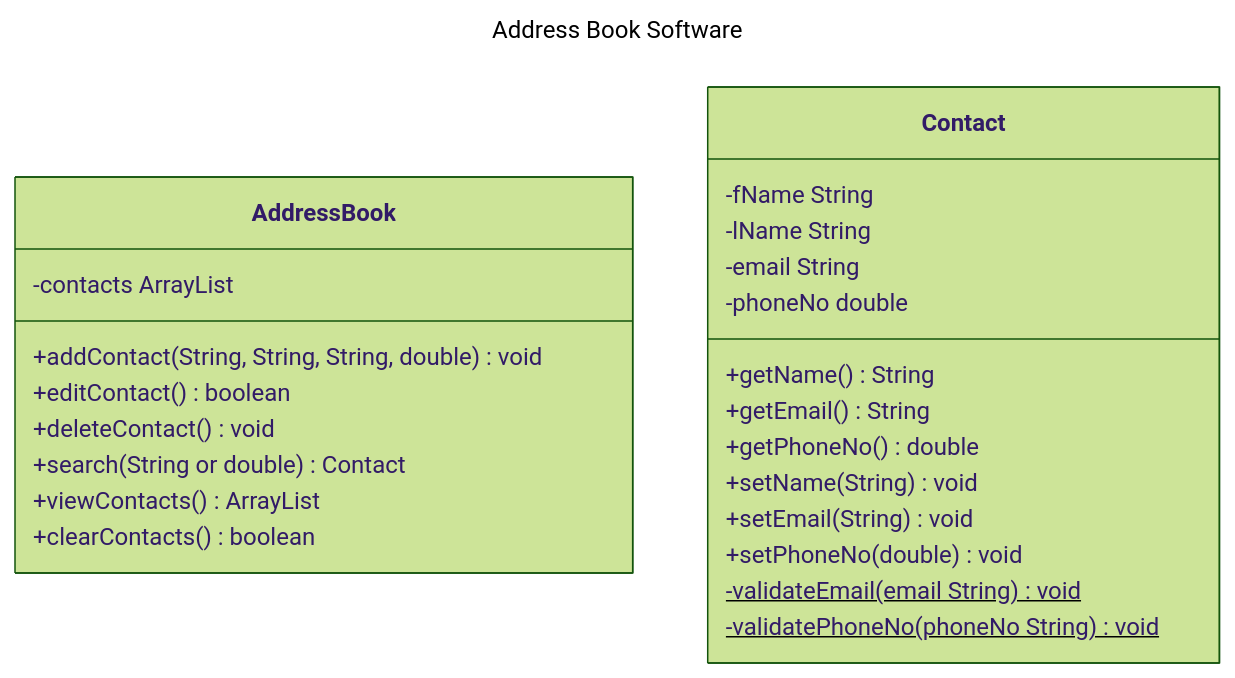
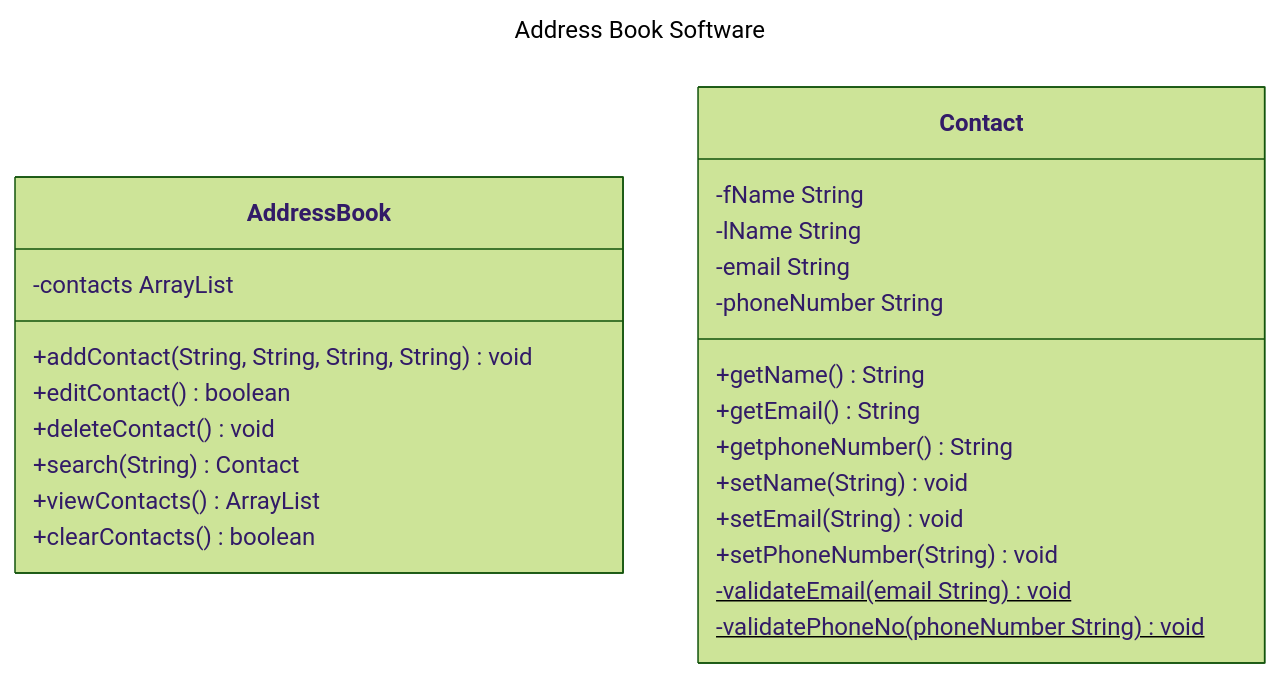
One commit to myaleung/address-book-application changed the diagram in docs/domain-models-test-plan.md. Above: the diagram before and after it, drawn with Mermaid (forest theme). The commit also changed other lines of this file and 3 other files, not shown here.

````diff
--- a/docs/domain-models-test-plan.md
+++ b/docs/domain-models-test-plan.md
@@ -5,29 +5,29 @@
 ```mermaid
 ---
 title: Address Book Software
 ---
 classDiagram
     class AddressBook {
         -contacts ArrayList<Contact>
-        +addContact(String, String, String, double) void
+        +addContact(String, String, String, String) void
         +editContact() boolean
         +deleteContact() void
-        +search(String or double) Contact
+        +search(String) Contact
         +viewContacts() ArrayList
         +clearContacts() boolean
     }
     class Contact {
         -fName String
         -lName String
         -email  String
-        -phoneNo double
+        -phoneNumber String
         +getName() String
         +getEmail() String
-        +getPhoneNo() double
+        +getphoneNumber() String
         +setName(String) void
         +setEmail(String) void
-        +setPhoneNo(double) void
+        +setPhoneNumber(String) void
         -validateEmail(email String)$ void
-        -validatePhoneNo(phoneNo String)$ void
+        -validatePhoneNo(phoneNumber String)$ void
     }
 ```
````
